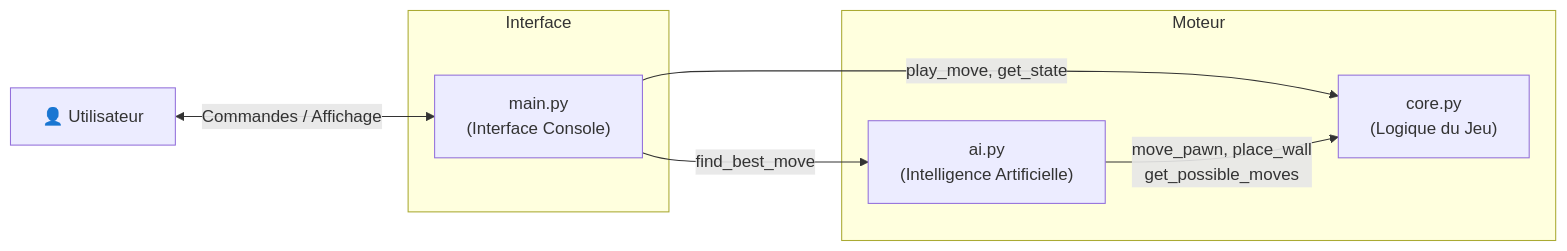
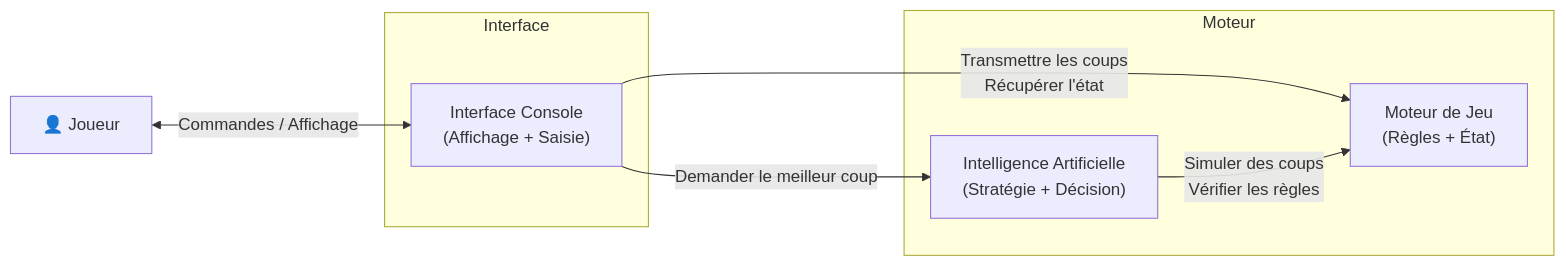
The first of 2 diagrams in flowcharts/01_vue_generale.md (Silou1/Projet_mecatronique_I3), drawn with Mermaid before and after one commit. The commit also changed other lines of this file and 3 other files, not shown here.

Commit message:
docs: simplify flowcharts with plain-language descriptions

````diff
--- a/flowcharts/01_vue_generale.md
+++ b/flowcharts/01_vue_generale.md
@@ -9,16 +9,16 @@
 ```mermaid
 graph LR
     subgraph Interface
-        MAIN["main.py<br/>(Interface Console)"]
+        MAIN["Interface Console<br/>(Affichage + Saisie)"]
     end
 
     subgraph Moteur
-        CORE["core.py<br/>(Logique du Jeu)"]
-        AI_MOD["ai.py<br/>(Intelligence Artificielle)"]
+        CORE["Moteur de Jeu<br/>(Règles + État)"]
+        AI_MOD["Intelligence Artificielle<br/>(Stratégie + Décision)"]
     end
 
-    USER["👤 Utilisateur"] <-->|Commandes / Affichage| MAIN
-    MAIN -->|play_move, get_state| CORE
-    MAIN -->|find_best_move| AI_MOD
-    AI_MOD -->|move_pawn, place_wall<br/>get_possible_moves| CORE
+    USER["👤 Joueur"] <-->|Commandes / Affichage| MAIN
+    MAIN -->|Transmettre les coups<br/>Récupérer l'état| CORE
+    MAIN -->|Demander le meilleur coup| AI_MOD
+    AI_MOD -->|Simuler des coups<br/>Vérifier les règles| CORE
 ```
````
